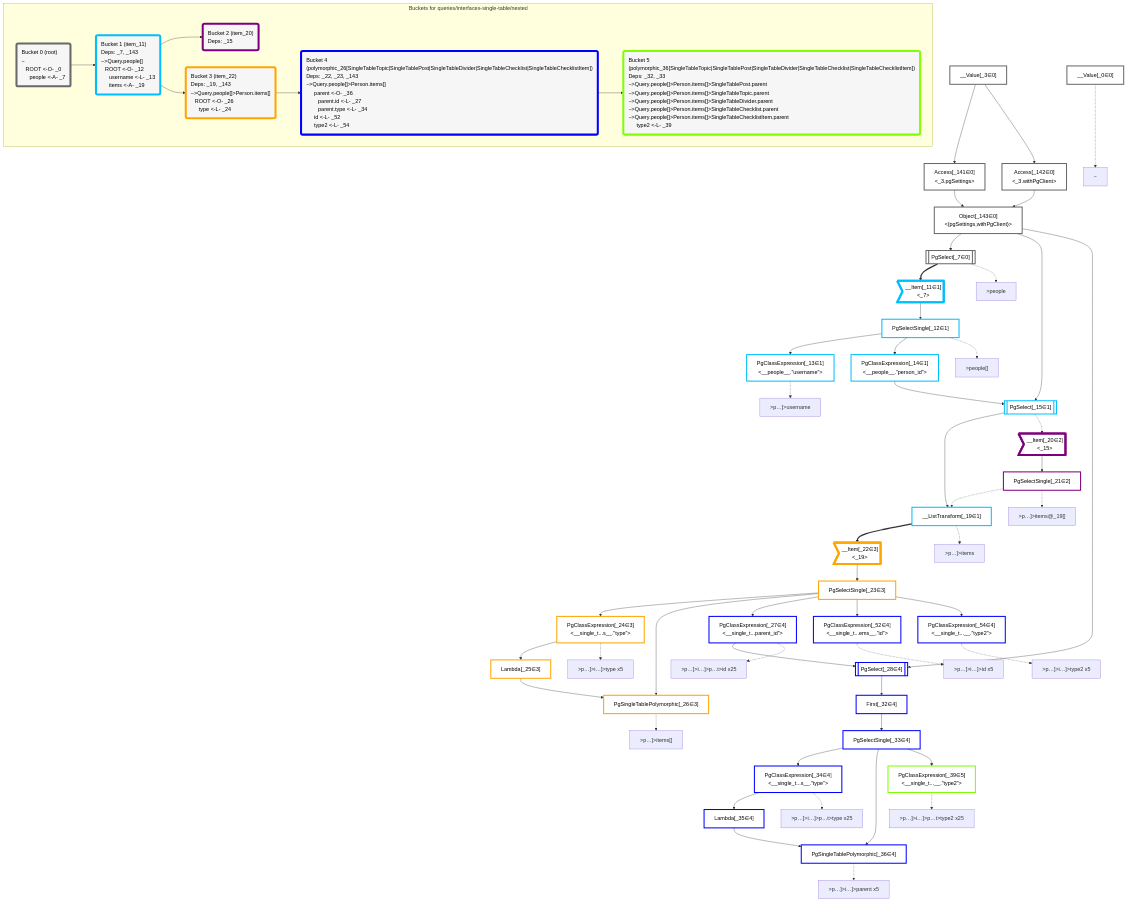
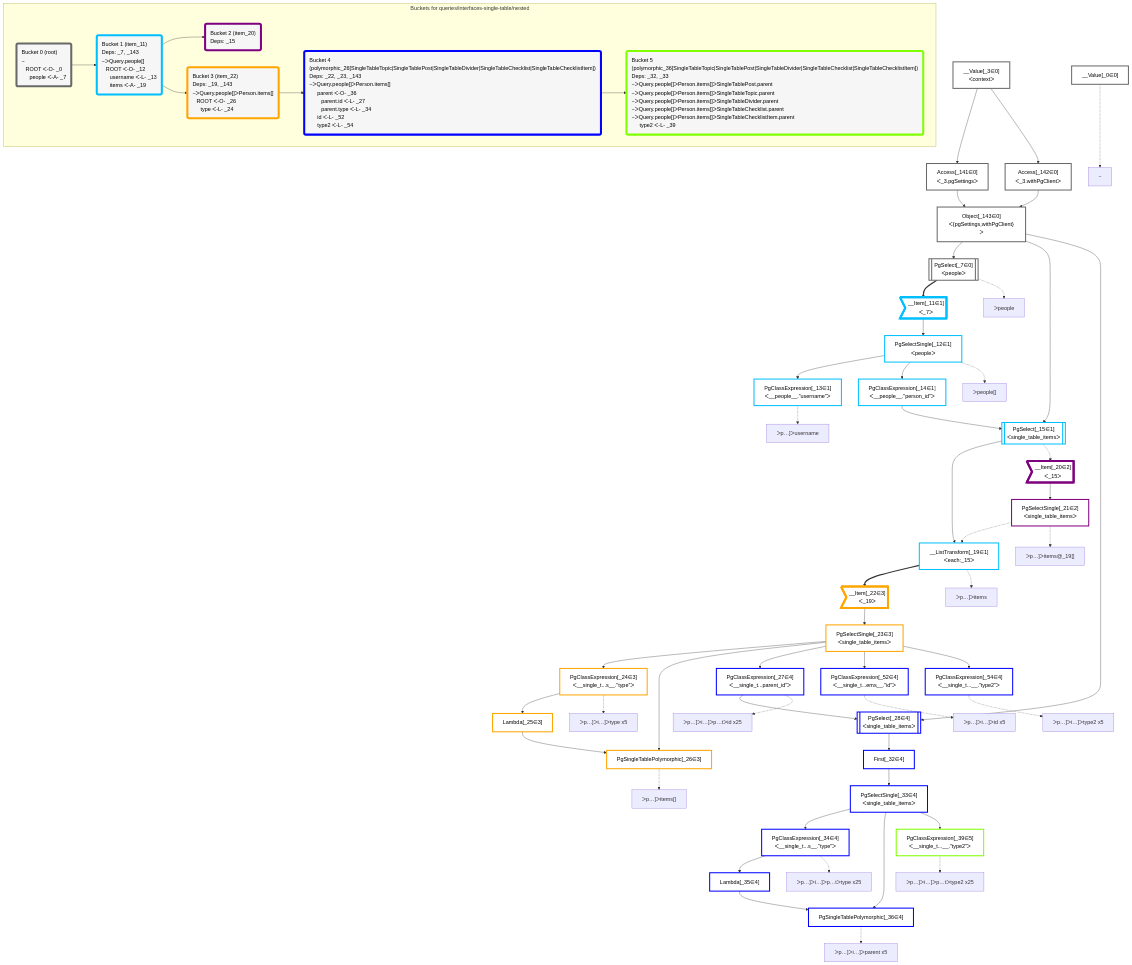
The diagram in packages/dataplan-pg/__tests__/queries/interfaces-single-table/nested.deopt.mermaid.md (graphile/crystal), drawn with Mermaid before and after one commit. The commit also changed 195 other files, not shown here.

```diff
--- a/packages/dataplan-pg/__tests__/queries/interfaces-single-table/nested.deopt.mermaid.md
+++ b/packages/dataplan-pg/__tests__/queries/interfaces-single-table/nested.deopt.mermaid.md
@@ -9,34 +9,34 @@
 
     %% define plans
     __Value_0["__Value[_0∈0]"]:::plan
-    __Value_3["__Value[_3∈0]<br /><context>"]:::plan
-    PgSelect_7[["PgSelect[_7∈0]<br /><people>"]]:::plan
-    __Item_11>"__Item[_11∈1]<br /><_7>"]:::itemplan
-    PgSelectSingle_12["PgSelectSingle[_12∈1]<br /><people>"]:::plan
-    PgClassExpression_13["PgClassExpression[_13∈1]<br /><__people__.”username”>"]:::plan
-    PgClassExpression_14["PgClassExpression[_14∈1]<br /><__people__.”person_id”>"]:::plan
-    PgSelect_15[["PgSelect[_15∈1]<br /><single_table_items>"]]:::plan
-    __ListTransform_19["__ListTransform[_19∈1]<br /><each:_15>"]:::plan
-    __Item_20>"__Item[_20∈2]<br /><_15>"]:::itemplan
-    PgSelectSingle_21["PgSelectSingle[_21∈2]<br /><single_table_items>"]:::plan
-    __Item_22>"__Item[_22∈3]<br /><_19>"]:::itemplan
-    PgSelectSingle_23["PgSelectSingle[_23∈3]<br /><single_table_items>"]:::plan
-    PgClassExpression_24["PgClassExpression[_24∈3]<br /><__single_t...s__.”type”>"]:::plan
+    __Value_3["__Value[_3∈0]<br />ᐸcontextᐳ"]:::plan
+    PgSelect_7[["PgSelect[_7∈0]<br />ᐸpeopleᐳ"]]:::plan
+    __Item_11>"__Item[_11∈1]<br />ᐸ_7ᐳ"]:::itemplan
+    PgSelectSingle_12["PgSelectSingle[_12∈1]<br />ᐸpeopleᐳ"]:::plan
+    PgClassExpression_13["PgClassExpression[_13∈1]<br />ᐸ__people__.”username”ᐳ"]:::plan
+    PgClassExpression_14["PgClassExpression[_14∈1]<br />ᐸ__people__.”person_id”ᐳ"]:::plan
+    PgSelect_15[["PgSelect[_15∈1]<br />ᐸsingle_table_itemsᐳ"]]:::plan
+    __ListTransform_19["__ListTransform[_19∈1]<br />ᐸeach:_15ᐳ"]:::plan
+    __Item_20>"__Item[_20∈2]<br />ᐸ_15ᐳ"]:::itemplan
+    PgSelectSingle_21["PgSelectSingle[_21∈2]<br />ᐸsingle_table_itemsᐳ"]:::plan
+    __Item_22>"__Item[_22∈3]<br />ᐸ_19ᐳ"]:::itemplan
+    PgSelectSingle_23["PgSelectSingle[_23∈3]<br />ᐸsingle_table_itemsᐳ"]:::plan
+    PgClassExpression_24["PgClassExpression[_24∈3]<br />ᐸ__single_t...s__.”type”ᐳ"]:::plan
     Lambda_25["Lambda[_25∈3]"]:::plan
     PgSingleTablePolymorphic_26["PgSingleTablePolymorphic[_26∈3]"]:::plan
-    PgClassExpression_27["PgClassExpression[_27∈4]<br /><__single_t...parent_id”>"]:::plan
-    PgSelect_28[["PgSelect[_28∈4]<br /><single_table_items>"]]:::plan
+    PgClassExpression_27["PgClassExpression[_27∈4]<br />ᐸ__single_t...parent_id”ᐳ"]:::plan
+    PgSelect_28[["PgSelect[_28∈4]<br />ᐸsingle_table_itemsᐳ"]]:::plan
     First_32["First[_32∈4]"]:::plan
-    PgSelectSingle_33["PgSelectSingle[_33∈4]<br /><single_table_items>"]:::plan
-    PgClassExpression_34["PgClassExpression[_34∈4]<br /><__single_t...s__.”type”>"]:::plan
+    PgSelectSingle_33["PgSelectSingle[_33∈4]<br />ᐸsingle_table_itemsᐳ"]:::plan
+    PgClassExpression_34["PgClassExpression[_34∈4]<br />ᐸ__single_t...s__.”type”ᐳ"]:::plan
     Lambda_35["Lambda[_35∈4]"]:::plan
     PgSingleTablePolymorphic_36["PgSingleTablePolymorphic[_36∈4]"]:::plan
-    PgClassExpression_39["PgClassExpression[_39∈5]<br /><__single_t...__.”type2”>"]:::plan
-    PgClassExpression_52["PgClassExpression[_52∈4]<br /><__single_t...ems__.”id”>"]:::plan
-    PgClassExpression_54["PgClassExpression[_54∈4]<br /><__single_t...__.”type2”>"]:::plan
-    Access_141["Access[_141∈0]<br /><_3.pgSettings>"]:::plan
-    Access_142["Access[_142∈0]<br /><_3.withPgClient>"]:::plan
-    Object_143["Object[_143∈0]<br /><{pgSettings,withPgClient}>"]:::plan
+    PgClassExpression_39["PgClassExpression[_39∈5]<br />ᐸ__single_t...__.”type2”ᐳ"]:::plan
+    PgClassExpression_52["PgClassExpression[_52∈4]<br />ᐸ__single_t...ems__.”id”ᐳ"]:::plan
+    PgClassExpression_54["PgClassExpression[_54∈4]<br />ᐸ__single_t...__.”type2”ᐳ"]:::plan
+    Access_141["Access[_141∈0]<br />ᐸ_3.pgSettingsᐳ"]:::plan
+    Access_142["Access[_142∈0]<br />ᐸ_3.withPgClientᐳ"]:::plan
+    Object_143["Object[_143∈0]<br />ᐸ{pgSettings,withPgClient}ᐳ"]:::plan
 
     %% plan dependencies
     Object_143 --> PgSelect_7
@@ -76,31 +76,31 @@
     %% plan-to-path relationships
     P_0["~"]
     __Value_0 -.-> P_0
-    P_7[">people"]
+    P_7["ᐳpeople"]
     PgSelect_7 -.-> P_7
-    P_12[">people[]"]
+    P_12["ᐳpeople[]"]
     PgSelectSingle_12 -.-> P_12
-    P_13[">p…]>username"]
+    P_13["ᐳp…]ᐳusername"]
     PgClassExpression_13 -.-> P_13
-    P_19[">p…]>items"]
+    P_19["ᐳp…]ᐳitems"]
     __ListTransform_19 -.-> P_19
-    P_21[">p…]>items@_19[]"]
+    P_21["ᐳp…]ᐳitems@_19[]"]
     PgSelectSingle_21 -.-> P_21
-    P_24[">p…]>i…]>type x5"]
+    P_24["ᐳp…]ᐳi…]ᐳtype x5"]
     PgClassExpression_24 -.-> P_24
-    P_26[">p…]>items[]"]
+    P_26["ᐳp…]ᐳitems[]"]
     PgSingleTablePolymorphic_26 -.-> P_26
-    P_27[">p…]>i…]>p…t>id x25"]
+    P_27["ᐳp…]ᐳi…]ᐳp…tᐳid x25"]
     PgClassExpression_27 -.-> P_27
-    P_34[">p…]>i…]>p…t>type x25"]
+    P_34["ᐳp…]ᐳi…]ᐳp…tᐳtype x25"]
     PgClassExpression_34 -.-> P_34
-    P_36[">p…]>i…]>parent x5"]
+    P_36["ᐳp…]ᐳi…]ᐳparent x5"]
     PgSingleTablePolymorphic_36 -.-> P_36
-    P_39[">p…]>i…]>p…t>type2 x25"]
+    P_39["ᐳp…]ᐳi…]ᐳp…tᐳtype2 x25"]
     PgClassExpression_39 -.-> P_39
-    P_52[">p…]>i…]>id x5"]
+    P_52["ᐳp…]ᐳi…]ᐳid x5"]
     PgClassExpression_52 -.-> P_52
-    P_54[">p…]>i…]>type2 x5"]
+    P_54["ᐳp…]ᐳi…]ᐳtype2 x5"]
     PgClassExpression_54 -.-> P_54
 
     %% allocate buckets
@@ -118,21 +118,21 @@
     class PgClassExpression_39 bucket5
 
     subgraph "Buckets for queries/interfaces-single-table/nested"
-    Bucket0("Bucket 0 (root)<br />~<br />⠀ROOT <-O- _0<br />⠀⠀people <-A- _7"):::bucket
+    Bucket0("Bucket 0 (root)<br />~<br />⠀ROOT ᐸ-O- _0<br />⠀⠀people ᐸ-A- _7"):::bucket
     style Bucket0 stroke:#696969
-    Bucket1("Bucket 1 (item_11)<br />Deps: _7, _143<br />~>Query.people[]<br />⠀ROOT <-O- _12<br />⠀⠀username <-L- _13<br />⠀⠀items <-A- _19"):::bucket
+    Bucket1("Bucket 1 (item_11)<br />Deps: _7, _143<br />~ᐳQuery.people[]<br />⠀ROOT ᐸ-O- _12<br />⠀⠀username ᐸ-L- _13<br />⠀⠀items ᐸ-A- _19"):::bucket
     style Bucket1 stroke:#00bfff
     Bucket0 --> Bucket1
     Bucket2("Bucket 2 (item_20)<br />Deps: _15"):::bucket
     style Bucket2 stroke:#7f007f
     Bucket1 --> Bucket2
-    Bucket3("Bucket 3 (item_22)<br />Deps: _19, _143<br />~>Query.people[]>Person.items[]<br />⠀ROOT <-O- _26<br />⠀⠀type <-L- _24"):::bucket
+    Bucket3("Bucket 3 (item_22)<br />Deps: _19, _143<br />~ᐳQuery.people[]ᐳPerson.items[]<br />⠀ROOT ᐸ-O- _26<br />⠀⠀type ᐸ-L- _24"):::bucket
     style Bucket3 stroke:#ffa500
     Bucket1 --> Bucket3
-    Bucket4("Bucket 4 (polymorphic_26[SingleTableTopic|SingleTablePost|SingleTableDivider|SingleTableChecklist|SingleTableChecklistItem])<br />Deps: _22, _23, _143<br />~>Query.people[]>Person.items[]<br />⠀⠀parent <-O- _36<br />⠀⠀⠀parent.id <-L- _27<br />⠀⠀⠀parent.type <-L- _34<br />⠀⠀id <-L- _52<br />⠀⠀type2 <-L- _54"):::bucket
+    Bucket4("Bucket 4 (polymorphic_26[SingleTableTopic|SingleTablePost|SingleTableDivider|SingleTableChecklist|SingleTableChecklistItem])<br />Deps: _22, _23, _143<br />~ᐳQuery.people[]ᐳPerson.items[]<br />⠀⠀parent ᐸ-O- _36<br />⠀⠀⠀parent.id ᐸ-L- _27<br />⠀⠀⠀parent.type ᐸ-L- _34<br />⠀⠀id ᐸ-L- _52<br />⠀⠀type2 ᐸ-L- _54"):::bucket
     style Bucket4 stroke:#0000ff
     Bucket3 --> Bucket4
-    Bucket5("Bucket 5 (polymorphic_36[SingleTableTopic|SingleTablePost|SingleTableDivider|SingleTableChecklist|SingleTableChecklistItem])<br />Deps: _32, _33<br />~>Query.people[]>Person.items[]>SingleTablePost.parent<br />~>Query.people[]>Person.items[]>SingleTableTopic.parent<br />~>Query.people[]>Person.items[]>SingleTableDivider.parent<br />~>Query.people[]>Person.items[]>SingleTableChecklist.parent<br />~>Query.people[]>Person.items[]>SingleTableChecklistItem.parent<br />⠀⠀type2 <-L- _39"):::bucket
+    Bucket5("Bucket 5 (polymorphic_36[SingleTableTopic|SingleTablePost|SingleTableDivider|SingleTableChecklist|SingleTableChecklistItem])<br />Deps: _32, _33<br />~ᐳQuery.people[]ᐳPerson.items[]ᐳSingleTablePost.parent<br />~ᐳQuery.people[]ᐳPerson.items[]ᐳSingleTableTopic.parent<br />~ᐳQuery.people[]ᐳPerson.items[]ᐳSingleTableDivider.parent<br />~ᐳQuery.people[]ᐳPerson.items[]ᐳSingleTableChecklist.parent<br />~ᐳQuery.people[]ᐳPerson.items[]ᐳSingleTableChecklistItem.parent<br />⠀⠀type2 ᐸ-L- _39"):::bucket
     style Bucket5 stroke:#7fff00
     Bucket4 --> Bucket5
     end
```
